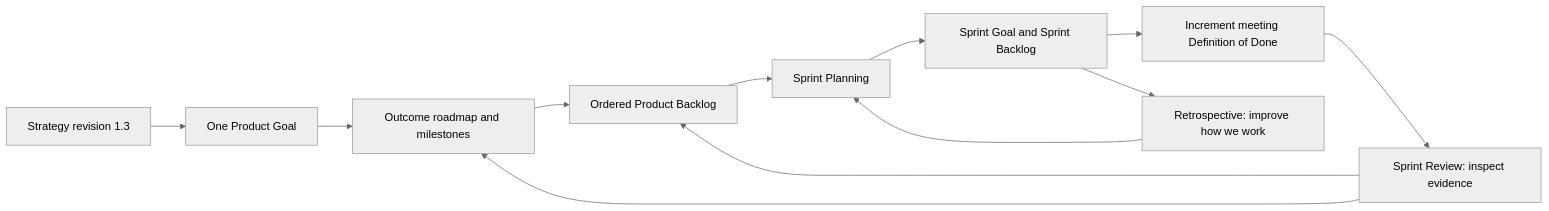
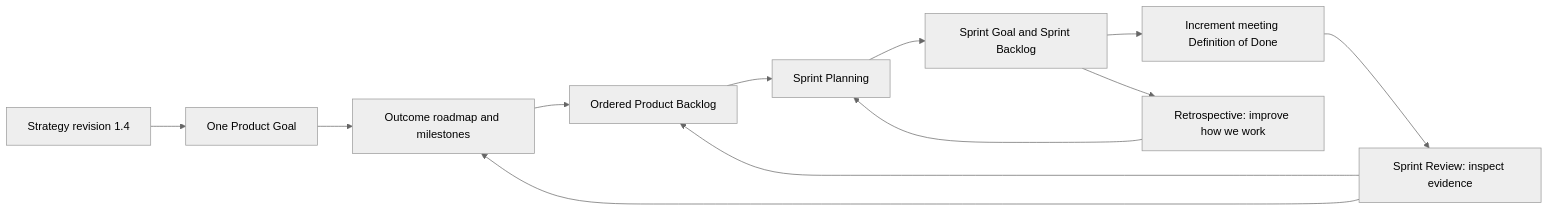
One commit to PyBLE-dev/PyBLE changed the diagram in docs/developments/2026-q4-reliable-workflow/01_Overview_and_Scrum_Framework.md. Above: the diagram before and after it, drawn with Mermaid (neutral theme). The commit also changed other lines of this file and 9 other files, not shown here.

````diff
--- a/docs/developments/2026-q4-reliable-workflow/01_Overview_and_Scrum_Framework.md
+++ b/docs/developments/2026-q4-reliable-workflow/01_Overview_and_Scrum_Framework.md
@@ -33,14 +33,14 @@
 ```mermaid
 flowchart LR
-    Strategy["Strategy revision 1.3"] --> Goal["One Product Goal"]
+    Strategy["Strategy revision 1.4"] --> Goal["One Product Goal"]
     Goal --> Roadmap["Outcome roadmap and milestones"]
     Roadmap --> Product["Ordered Product Backlog"]
     Product --> Planning["Sprint Planning"]
     Planning --> Sprint["Sprint Goal and Sprint Backlog"]
     Sprint --> Increment["Increment meeting Definition of Done"]
     Increment --> Review["Sprint Review: inspect evidence"]
     Review --> Product
     Review --> Roadmap
     Sprint --> Retro["Retrospective: improve how we work"]
     Retro --> Planning
 ```
````
